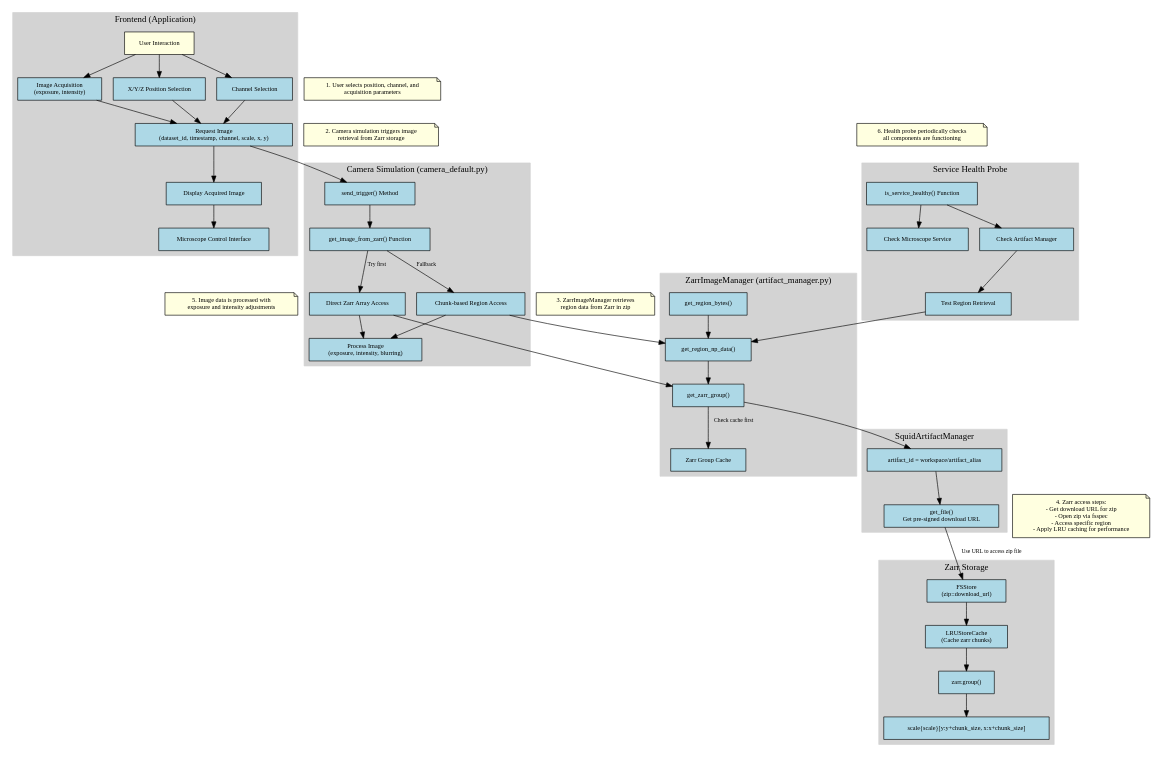
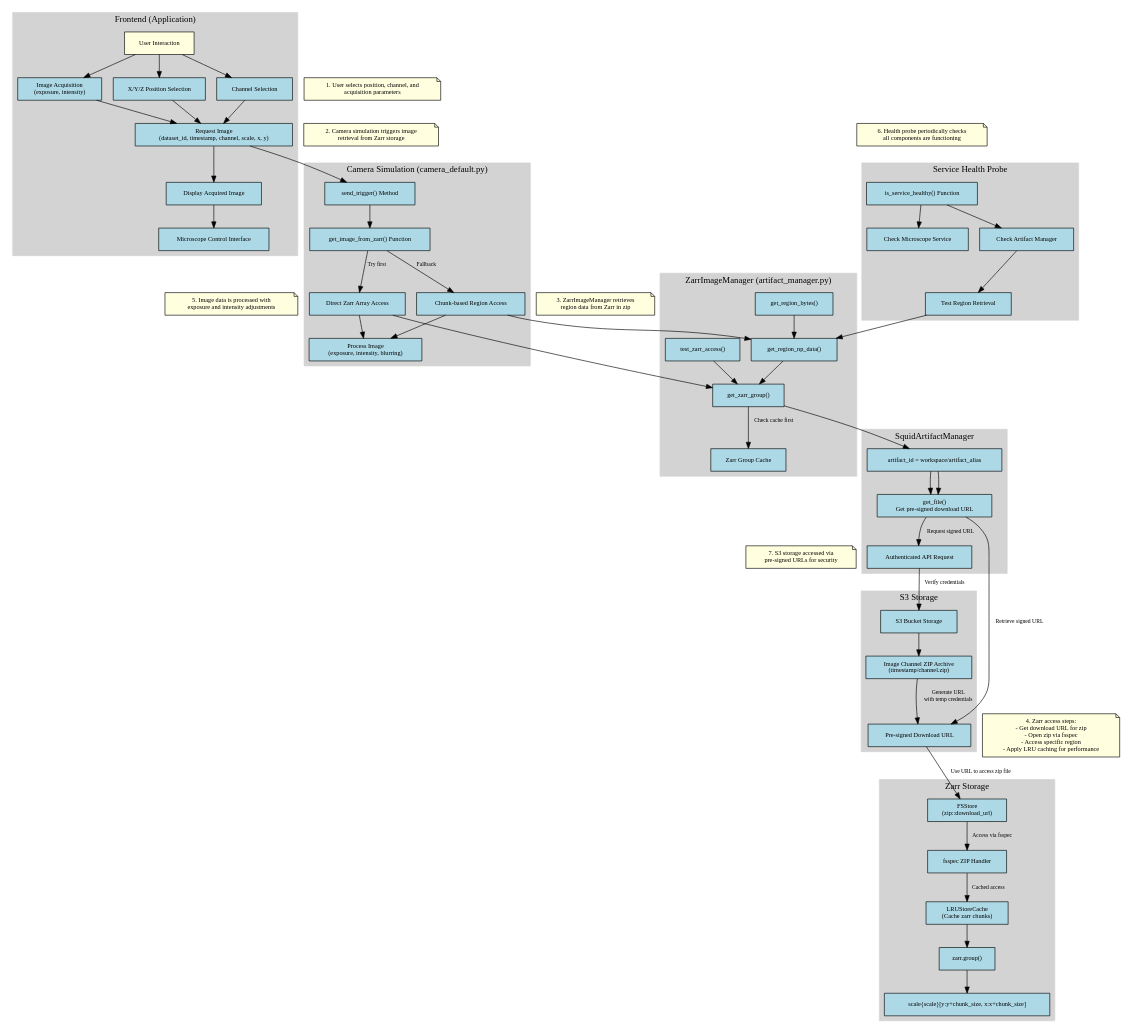
Before and after one commit to cccoolll/squid-control: the diagram in docs/zarr_image_workflow.dot, drawn with Graphviz. The commit also changed 1 other file, not shown here.

Commit message:
update workflow figure

```diff
--- a/docs/zarr_image_workflow.dot
+++ b/docs/zarr_image_workflow.dot
@@ -1,133 +1,159 @@
 digraph ZarrImageWorkflow {
     // Graph settings
     rankdir=TB;
     node [shape=box, style=filled, fillcolor=lightblue, fontsize=10, margin="0.2,0.1"];
     edge [fontsize=9];
     
     // Frontend components
     subgraph cluster_frontend {
         label="Frontend (Application)";
         style=filled;
         color=lightgrey;
         
         user [label="User Interaction", fillcolor=lightyellow];
         microscope_control [label="Microscope Control Interface"];
         position_selection [label="X/Y/Z Position Selection"];
         channel_selection [label="Channel Selection"];
         image_acquisition [label="Image Acquisition\n(exposure, intensity)"];
         request_image [label="Request Image\n(dataset_id, timestamp, channel, scale, x, y)"];
         display_image [label="Display Acquired Image"];
         
         user -> position_selection;
         user -> channel_selection;
         user -> image_acquisition;
         position_selection -> request_image;
         channel_selection -> request_image;
         image_acquisition -> request_image;
         request_image -> display_image;
         display_image -> microscope_control;
     }
     
     // Camera Simulation
     subgraph cluster_camera_sim {
         label="Camera Simulation (camera_default.py)";
         style=filled;
         color=lightgrey;
         
         send_trigger [label="send_trigger() Method"];
         get_image_from_zarr [label="get_image_from_zarr() Function"];
         direct_zarr_access [label="Direct Zarr Array Access"];
         chunk_based_access [label="Chunk-based Region Access"];
         image_processing [label="Process Image\n(exposure, intensity, blurring)"];
         
         send_trigger -> get_image_from_zarr;
         get_image_from_zarr -> direct_zarr_access [label="Try first"];
         get_image_from_zarr -> chunk_based_access [label="Fallback"];
         direct_zarr_access -> image_processing;
         chunk_based_access -> image_processing;
     }
     
     // ZarrImageManager
     subgraph cluster_zarr_manager {
         label="ZarrImageManager (artifact_manager.py)";
         style=filled;
         color=lightgrey;
         
         get_region_bytes [label="get_region_bytes()"];
         get_region_np_data [label="get_region_np_data()"];
         get_zarr_group [label="get_zarr_group()"];
         zarr_cache [label="Zarr Group Cache"];
+        test_zarr_access [label="test_zarr_access()"];
         
         get_region_bytes -> get_region_np_data;
         get_region_np_data -> get_zarr_group;
         get_zarr_group -> zarr_cache [label="Check cache first"];
+        test_zarr_access -> get_zarr_group;
     }
     
     // Artifact Manager
     subgraph cluster_artifact_manager {
         label="SquidArtifactManager";
         style=filled;
         color=lightgrey;
         
         get_file [label="get_file()\nGet pre-signed download URL"];
         artifact_id [label="artifact_id = workspace/artifact_alias"];
+        auth_request [label="Authenticated API Request"];
+        
+        artifact_id -> get_file;
+        get_file -> auth_request [label="Request signed URL"];
+    }
+    
+    // S3 Storage
+    subgraph cluster_s3_storage {
+        label="S3 Storage";
+        style=filled;
+        color=lightgrey;
+        
+        s3_backend [label="S3 Bucket Storage"];
+        presigned_url [label="Pre-signed Download URL"];
+        zip_archive [label="Image Channel ZIP Archive\n(timestamp/channel.zip)"];
+        
+        s3_backend -> zip_archive;
+        zip_archive -> presigned_url [label="Generate URL\nwith temp credentials"];
     }
     
     // Zarr Storage
     subgraph cluster_zarr_storage {
         label="Zarr Storage";
         style=filled;
         color=lightgrey;
         
         fsstore [label="FSStore\n(zip::download_url)"];
+        fsspec_handler [label="fsspec ZIP Handler"];
         lru_cache [label="LRUStoreCache\n(Cache zarr chunks)"];
         zarr_group [label="zarr.group()"];
         zarr_array [label="scale{scale}[y:y+chunk_size, x:x+chunk_size]"];
         
-        fsstore -> lru_cache;
+        fsstore -> fsspec_handler [label="Access via fsspec"];
+        fsspec_handler -> lru_cache [label="Cached access"];
         lru_cache -> zarr_group;
         zarr_group -> zarr_array;
     }
     
     // Health Probe
     subgraph cluster_health_probe {
         label="Service Health Probe";
         style=filled;
         color=lightgrey;
         
         is_service_healthy [label="is_service_healthy() Function"];
         check_microscope [label="Check Microscope Service"];
         check_artifact_mgr [label="Check Artifact Manager"];
         test_region_retrieval [label="Test Region Retrieval"];
         
         is_service_healthy -> check_microscope;
         is_service_healthy -> check_artifact_mgr;
         check_artifact_mgr -> test_region_retrieval;
     }
     
     // Connect the clusters
     request_image -> send_trigger;
     
     chunk_based_access -> get_region_np_data;
     direct_zarr_access -> get_zarr_group;
     
     get_zarr_group -> artifact_id -> get_file;
-    get_file -> fsstore [label="Use URL to access zip file"];
+    get_file -> presigned_url [label="Retrieve signed URL"];
+    presigned_url -> fsstore [label="Use URL to access zip file"];
     
     test_region_retrieval -> get_region_np_data;
+    auth_request -> s3_backend [label="Verify credentials"];
     
     // Key data flow explanation
     data_flow1 [shape=note, fillcolor=lightyellow, label="1. User selects position, channel, and\nacquisition parameters"];
     data_flow2 [shape=note, fillcolor=lightyellow, label="2. Camera simulation triggers image\nretrieval from Zarr storage"];
     data_flow3 [shape=note, fillcolor=lightyellow, label="3. ZarrImageManager retrieves\nregion data from Zarr in zip"];
     data_flow4 [shape=note, fillcolor=lightyellow, label="4. Zarr access steps:\n- Get download URL for zip\n- Open zip via fsspec\n- Access specific region\n- Apply LRU caching for performance"];
     data_flow5 [shape=note, fillcolor=lightyellow, label="5. Image data is processed with\nexposure and intensity adjustments"];
     data_flow6 [shape=note, fillcolor=lightyellow, label="6. Health probe periodically checks\nall components are functioning"];
+    data_flow7 [shape=note, fillcolor=lightyellow, label="7. S3 storage accessed via\npre-signed URLs for security"];
     
     data_flow1 -> request_image [style=invis];
     data_flow2 -> send_trigger [style=invis];
     data_flow3 -> get_region_np_data [style=invis];
     data_flow4 -> fsstore [style=invis];
     data_flow5 -> image_processing [style=invis];
     data_flow6 -> is_service_healthy [style=invis];
+    data_flow7 -> s3_backend [style=invis];
 }
```
